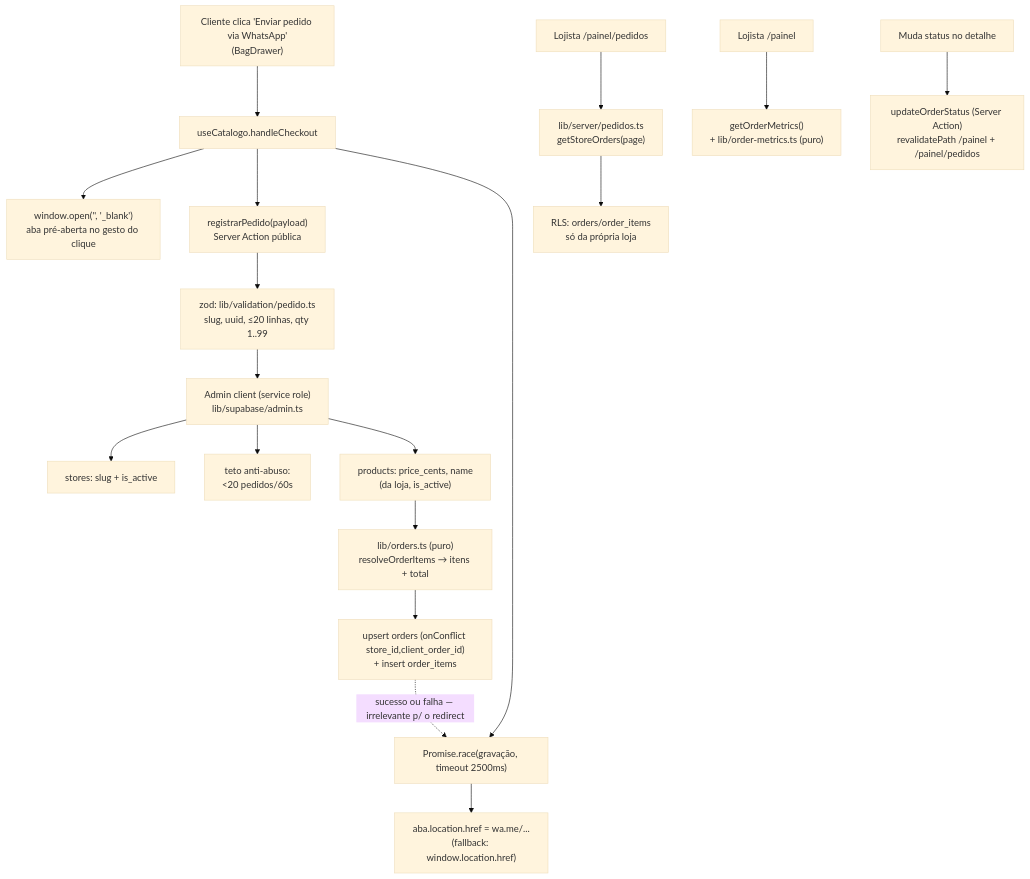
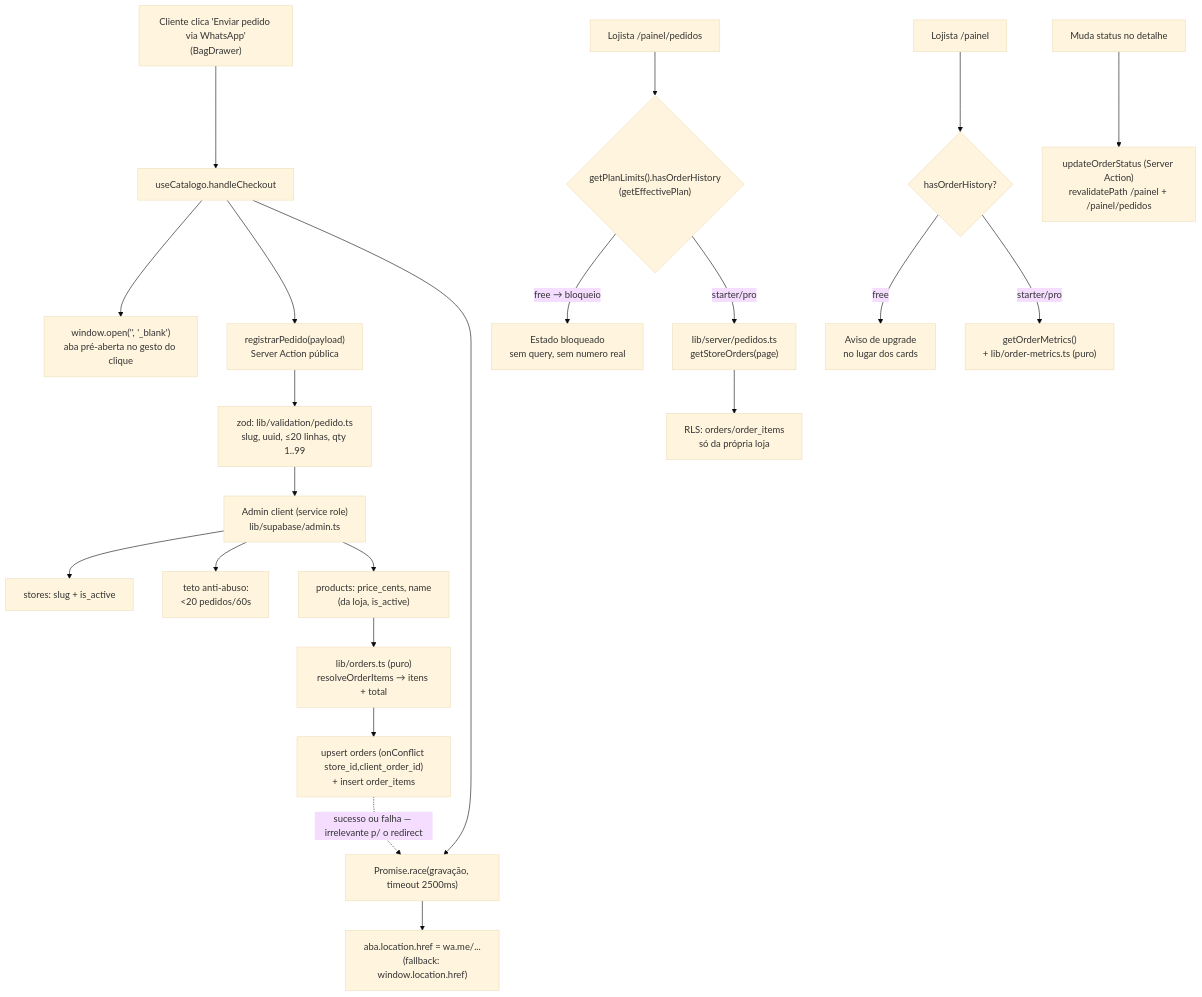
The diagram in .specs/features/captura-de-pedidos/design.md (lemonpepper-company/catalogo-digital), drawn with Mermaid (base theme) before and after one commit. The commit also changed other lines of this file and 4 other files, not shown here.

First line of the commit message:
docs(specs): restringe historico de pedidos a Starter/Pro

````diff
--- a/.specs/features/captura-de-pedidos/design.md
+++ b/.specs/features/captura-de-pedidos/design.md
@@ -15,21 +15,25 @@
 ```mermaid
 graph TD
     A["Cliente clica 'Enviar pedido via WhatsApp'<br/>(BagDrawer)"] --> B["useCatalogo.handleCheckout"]
     B --> C["window.open('', '_blank')<br/>aba pré-aberta no gesto do clique"]
     B --> D["registrarPedido(payload)<br/>Server Action pública"]
     D --> E["zod: lib/validation/pedido.ts<br/>slug, uuid, ≤20 linhas, qty 1..99"]
     E --> F["Admin client (service role)<br/>lib/supabase/admin.ts"]
     F --> G["stores: slug + is_active"]
     F --> H["teto anti-abuso:<br/>&lt;20 pedidos/60s"]
     F --> I["products: price_cents, name<br/>(da loja, is_active)"]
     I --> J["lib/orders.ts (puro)<br/>resolveOrderItems → itens + total"]
     J --> K["upsert orders (onConflict store_id,client_order_id)<br/>+ insert order_items"]
     B --> L["Promise.race(gravação, timeout 2500ms)"]
     L --> M["aba.location.href = wa.me/...<br/>(fallback: window.location.href)"]
     K -.->|"sucesso ou falha — irrelevante p/ o redirect"| L
 
-    N["Lojista /painel/pedidos"] --> O["lib/server/pedidos.ts<br/>getStoreOrders(page)"]
+    N["Lojista /painel/pedidos"] --> N1{"getPlanLimits().hasOrderHistory<br/>(getEffectivePlan)"}
+    N1 -->|"free → bloqueio"| N2["Estado bloqueado<br/>sem query, sem numero real"]
+    N1 -->|"starter/pro"| O["lib/server/pedidos.ts<br/>getStoreOrders(page)"]
     O --> P["RLS: orders/order_items<br/>só da própria loja"]
-    Q["Lojista /painel"] --> R["getOrderMetrics()<br/>+ lib/order-metrics.ts (puro)"]
+    Q["Lojista /painel"] --> Q1{"hasOrderHistory?"}
+    Q1 -->|"free"| Q2["Aviso de upgrade<br/>no lugar dos cards"]
+    Q1 -->|"starter/pro"| R["getOrderMetrics()<br/>+ lib/order-metrics.ts (puro)"]
     S["Muda status no detalhe"] --> T["updateOrderStatus (Server Action)<br/>revalidatePath /painel + /painel/pedidos"]
 ```
````
